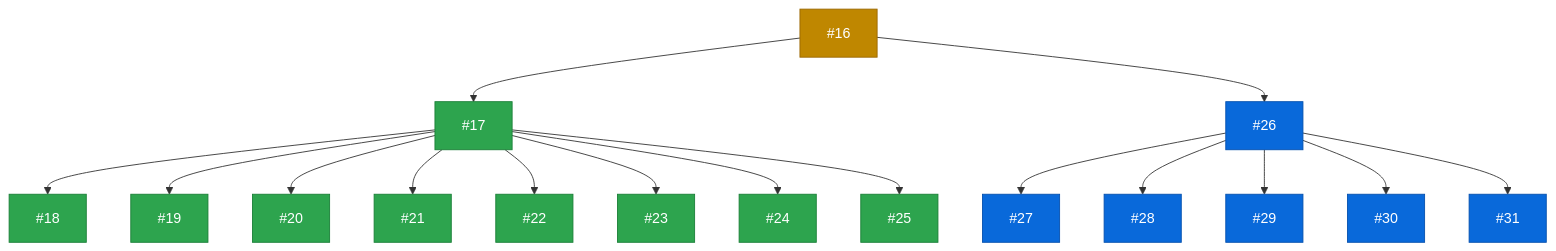
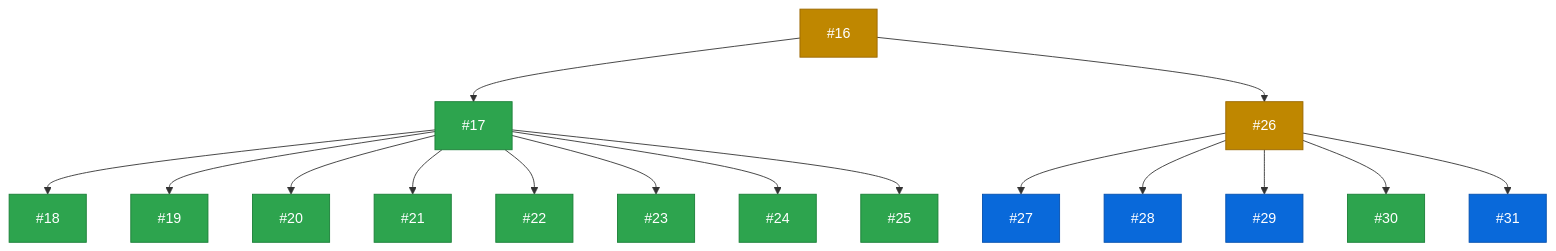
One commit to zappfish/zapp-requirements-tracker changed the third of 9 diagrams in README.md. Above: the diagram before and after it, drawn with Mermaid. The commit also changed other lines of this file and 3 other files, not shown here.

````diff
--- a/README.md
+++ b/README.md
@@ -132,49 +132,49 @@
 ```mermaid
 graph TD
     R1["#16"]:::inprogress
 
     R1A["#17"]:::stable
-    R1B["#26"]:::upnext
+    R1B["#26"]:::inprogress
     R1 --> R1A & R1B
 
     R1A1["#18"]:::stable
     R1A2["#19"]:::stable
     R1A3["#20"]:::stable
     R1A4["#21"]:::stable
     R1A5["#22"]:::stable
     R1A6["#23"]:::stable
     R1A7["#24"]:::stable
     R1A8["#25"]:::stable
     R1A --> R1A1 & R1A2 & R1A3 & R1A4 & R1A5 & R1A6 & R1A7 & R1A8
 
     R1B1["#27"]:::upnext
     R1B2["#28"]:::upnext
     R1B3["#29"]:::upnext
-    R1B4["#30"]:::upnext
+    R1B4["#30"]:::stable
     R1B5["#31"]:::upnext
     R1B --> R1B1 & R1B2 & R1B3 & R1B4 & R1B5
 
     click R1 href "https://github.com/zappfish/zapp-requirements-tracker/issues/16" _blank
     click R1A href "https://github.com/zappfish/zapp-requirements-tracker/issues/17" _blank
     click R1B href "https://github.com/zappfish/zapp-requirements-tracker/issues/26" _blank
     click R1A1 href "https://github.com/zappfish/zapp-requirements-tracker/issues/18" _blank
     click R1A2 href "https://github.com/zappfish/zapp-requirements-tracker/issues/19" _blank
     click R1A3 href "https://github.com/zappfish/zapp-requirements-tracker/issues/20" _blank
     click R1A4 href "https://github.com/zappfish/zapp-requirements-tracker/issues/21" _blank
     click R1A5 href "https://github.com/zappfish/zapp-requirements-tracker/issues/22" _blank
     click R1A6 href "https://github.com/zappfish/zapp-requirements-tracker/issues/23" _blank
     click R1A7 href "https://github.com/zappfish/zapp-requirements-tracker/issues/24" _blank
     click R1A8 href "https://github.com/zappfish/zapp-requirements-tracker/issues/25" _blank
     click R1B1 href "https://github.com/zappfish/zapp-requirements-tracker/issues/27" _blank
     click R1B2 href "https://github.com/zappfish/zapp-requirements-tracker/issues/28" _blank
     click R1B3 href "https://github.com/zappfish/zapp-requirements-tracker/issues/29" _blank
     click R1B4 href "https://github.com/zappfish/zapp-requirements-tracker/issues/30" _blank
     click R1B5 href "https://github.com/zappfish/zapp-requirements-tracker/issues/31" _blank
 
     classDef backlog fill:#bf3989,stroke:#99306f,color:#fff
     classDef upnext fill:#0969da,stroke:#0550ae,color:#fff
     classDef inprogress fill:#bf8700,stroke:#9a6700,color:#fff
     classDef inreview fill:#8250df,stroke:#6639ba,color:#fff
     classDef stable fill:#2da44e,stroke:#1a7f37,color:#fff
     classDef done fill:#2da44e,stroke:#1a7f37,color:#fff
 ```
````
